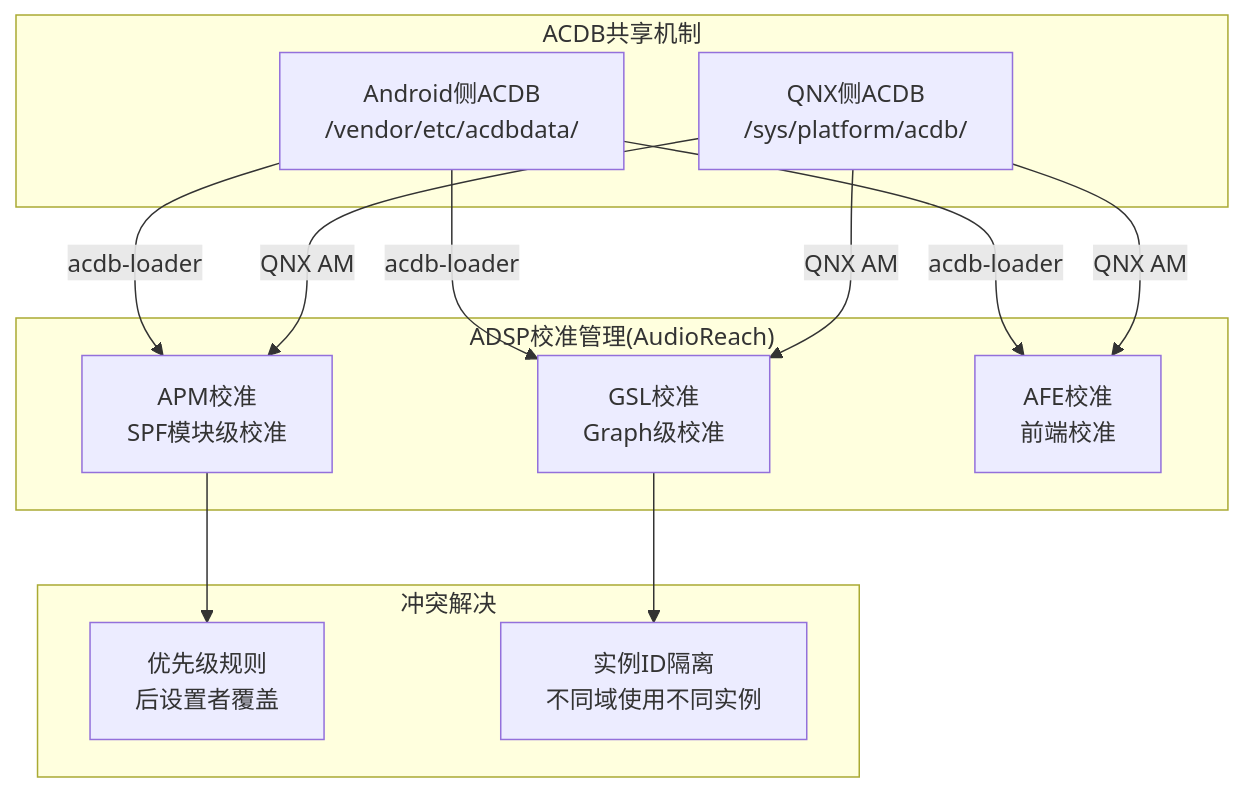
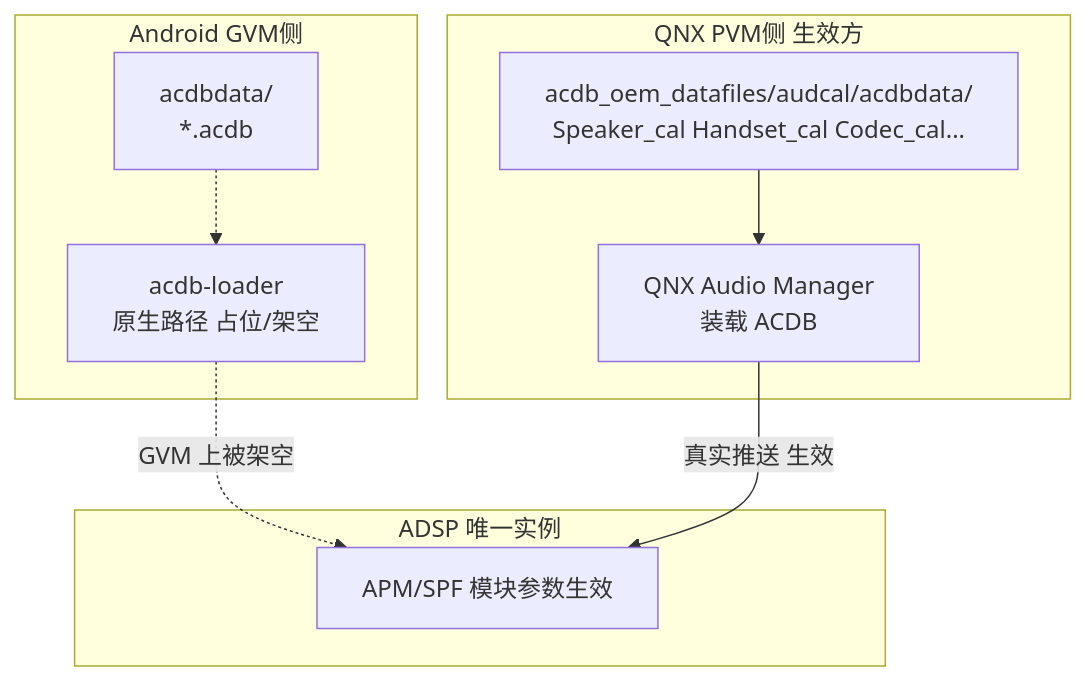
One commit to yanglinzhen1022/SA8295_AAOS_QNX_Audio_KnowledgeBase changed the third of 4 diagrams in 16_Vendor_QNX_Architecture/16_16.12_Android+QNX双域架构总结.md. Above: the diagram before and after it, drawn with Mermaid. The commit also changed other lines of this file and 48 other files, not shown here.

````diff
--- a/16_Vendor_QNX_Architecture/16_16.12_Android+QNX双域架构总结.md
+++ b/16_Vendor_QNX_Architecture/16_16.12_Android+QNX双域架构总结.md
@@ -132,29 +135,18 @@
 ```mermaid
 graph TB
-    subgraph ACDB_Sharing["ACDB共享机制"]
-        ANDROID_ACDB["Android侧ACDB<br/>/vendor/etc/acdbdata/"]
-        QNX_ACDB["QNX侧ACDB<br/>/sys/platform/acdb/"]
+    subgraph GVM_ACDB["Android GVM侧"]
+        A_LOADER["acdb-loader<br/>原生路径 占位/架空"]
+        A_DATA["acdbdata/<br/>*.acdb"]
+    end
+    subgraph QNX_ACDB["QNX PVM侧 生效方"]
+        Q_DATA["acdb_oem_datafiles/audcal/acdbdata/<br/>Speaker_cal Handset_cal Codec_cal..."]
+        Q_AM["QNX Audio Manager<br/>装载 ACDB"]
+    end
+    subgraph DSP["ADSP 唯一实例"]
+        SPF["APM/SPF 模块参数生效"]
     end
 
-    subgraph ADSP_Cal["ADSP校准管理(AudioReach)"]
-        APM_CAL["APM校准<br/>SPF模块级校准"]
-        GSL_CAL["GSL校准<br/>Graph级校准"]
-        AFE_CAL["AFE校准<br/>前端校准"]
-    end
-
-    ANDROID_ACDB -->|acdb-loader| APM_CAL
-    ANDROID_ACDB -->|acdb-loader| GSL_CAL
-    ANDROID_ACDB -->|acdb-loader| AFE_CAL
-
-    QNX_ACDB -->|QNX AM| APM_CAL
-    QNX_ACDB -->|QNX AM| GSL_CAL
-    QNX_ACDB -->|QNX AM| AFE_CAL
-
-    subgraph Conflict_Resolution["冲突解决"]
-        PRIORITY["优先级规则<br/>后设置者覆盖"]
-        INSTANCE_ID["实例ID隔离<br/>不同域使用不同实例"]
-    end
-
-    APM_CAL --> PRIORITY
-    GSL_CAL --> INSTANCE_ID
+    A_DATA -.-> A_LOADER
+    A_LOADER -.->|"GVM 上被架空"| SPF
+    Q_DATA --> Q_AM -->|"真实推送 生效"| SPF
 ```
````
